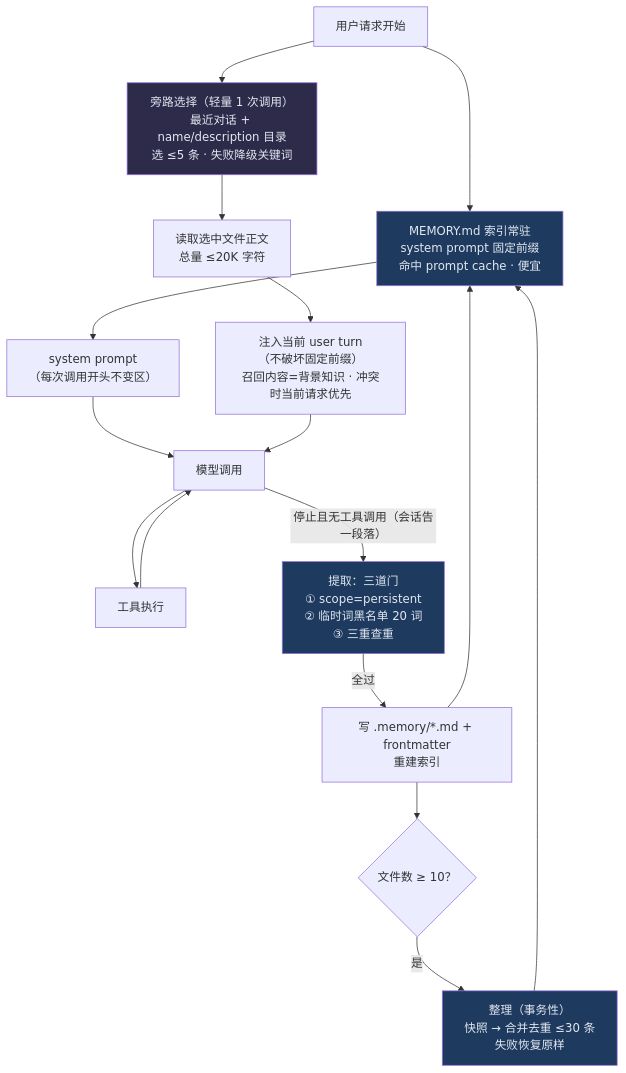
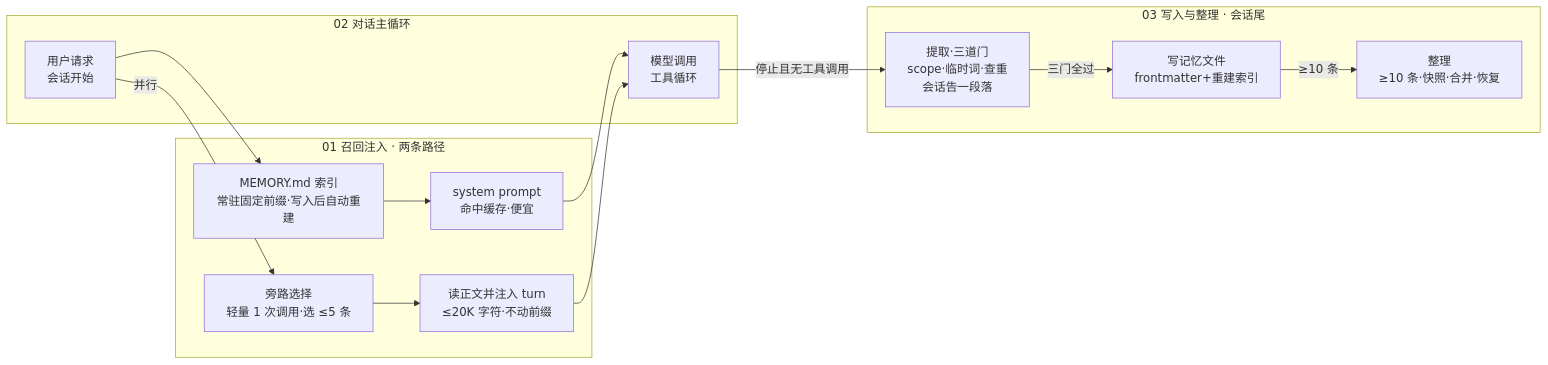
One commit to ThreeFish-AI/negentropy changed the diagram in docs/assets/mermaid/agent-harness/learn-claude-code-memory--recall-loop.mmd. Above: the diagram before and after it, drawn with Mermaid. The commit also changed 10 other files, not shown here.

First line of the commit message:
docs(agent-harness): 176 记忆管理精读评审修复——图源同构、原型入库与排序统一;

```diff
--- a/docs/assets/mermaid/agent-harness/learn-claude-code-memory--recall-loop.mmd
+++ b/docs/assets/mermaid/agent-harness/learn-claude-code-memory--recall-loop.mmd
@@ -1,24 +1,29 @@
 %% source: docs/research/agent-harness/176-learn-claude-code-memory.md §4.2
 %% slug: learn-claude-code-memory--recall-loop
 %% type: workflow
 %% derived: docs/assets/architecture/agent-harness/learn-claude-code-memory--recall-loop.html
-flowchart TD
-    U["用户请求开始"] --> IDX["MEMORY.md 索引常驻<br/>system prompt 固定前缀<br/>命中 prompt cache · 便宜"]
-    U --> SEL["旁路选择（轻量 1 次调用）<br/>最近对话 + name/description 目录<br/>选 ≤5 条 · 失败降级关键词"]
-    IDX --> SYS["system prompt<br/>（每次调用开头不变区）"]
-    SEL --> LOAD["读取选中文件正文<br/>总量 ≤20K 字符"]
-    LOAD --> TURN["注入当前 user turn<br/>（不破坏固定前缀）<br/>召回内容=背景知识 · 冲突时当前请求优先"]
-    SYS --> LLM["模型调用"]
-    TURN --> LLM
-    LLM --> TOOLS["工具执行"]
-    TOOLS --> LLM
-    LLM -- "停止且无工具调用（会话告一段落）" --> EXT["提取：三道门<br/>① scope=persistent<br/>② 临时词黑名单 20 词<br/>③ 三重查重"]
-    EXT -- "全过" --> WRITE["写 .memory/*.md + frontmatter<br/>重建索引"]
-    WRITE --> GATE{"文件数 ≥ 10？"}
-    GATE -- 是 --> CONS["整理（事务性）<br/>快照 → 合并去重 ≤30 条<br/>失败恢复原样"]
-    CONS --> IDX
-    WRITE --> IDX
-    style IDX fill:#1e3a5f,color:#e2e8f0
-    style SEL fill:#2d2a4a,color:#e2e8f0
-    style EXT fill:#1e3a5f,color:#e2e8f0
-    style CONS fill:#1e3a5f,color:#e2e8f0
+flowchart LR
+    subgraph A["01 召回注入 · 两条路径"]
+        IDX["MEMORY.md 索引<br/>常驻固定前缀·写入后自动重建"]
+        SYS["system prompt<br/>命中缓存·便宜"]
+        SEL["旁路选择<br/>轻量 1 次调用·选 ≤5 条"]
+        LOAD["读正文并注入 turn<br/>≤20K 字符·不动前缀"]
+        IDX --> SYS
+        SEL --> LOAD
+    end
+    subgraph B["02 对话主循环"]
+        REQ["用户请求<br/>会话开始"]
+        LLM["模型调用<br/>工具循环"]
+    end
+    subgraph C["03 写入与整理 · 会话尾"]
+        EXT["提取·三道门<br/>scope·临时词·查重<br/>会话告一段落"]
+        W["写记忆文件<br/>frontmatter+重建索引"]
+        CONS["整理<br/>≥10 条·快照·合并·恢复"]
+        EXT -- "三门全过" --> W
+        W -- "≥10 条" --> CONS
+    end
+    REQ --> IDX
+    REQ -- "并行" --> SEL
+    SYS --> LLM
+    LOAD --> LLM
+    LLM -- "停止且无工具调用" --> EXT
```
